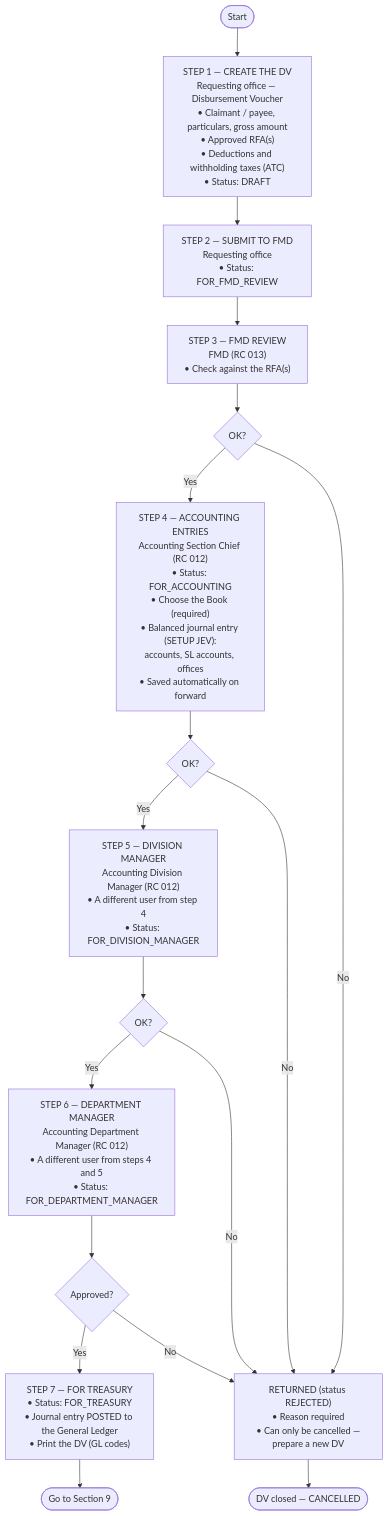
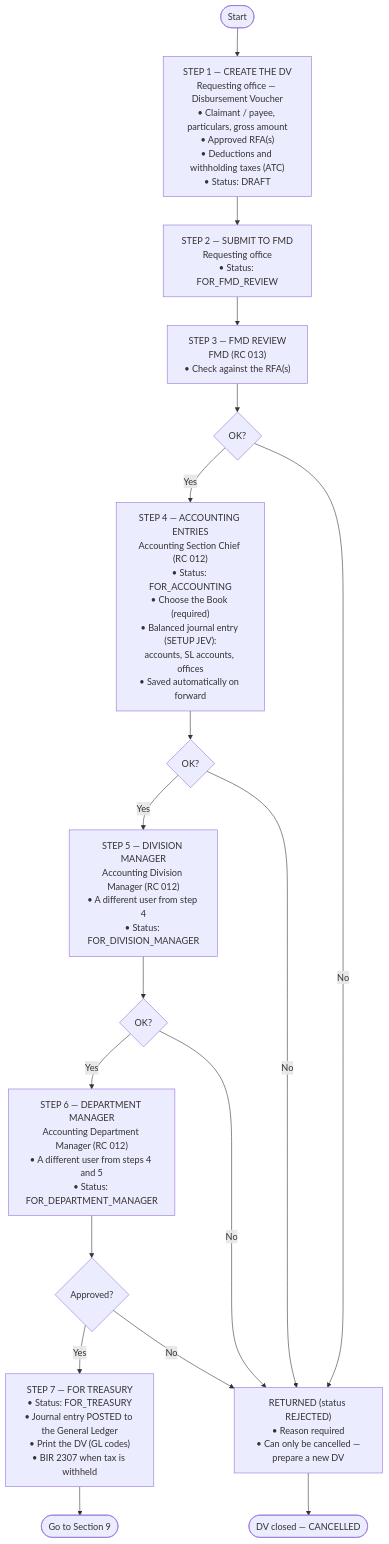
The ninth of 14 diagrams in system_docs/process-flow/PROCESS-FLOW.md (A-team-ITBS/fims-nha), drawn with Mermaid before and after one commit. The commit also changed other lines of this file and 21 other files, not shown here.

Commit message:
BIR 2307 (DV with ATC), payroll Tax Annualization + BIR 2316

````diff
--- a/system_docs/process-flow/PROCESS-FLOW.md
+++ b/system_docs/process-flow/PROCESS-FLOW.md
@@ -330,20 +331,20 @@
 ```mermaid
 flowchart TD
     START(["Start"]) --> S1["STEP 1 — CREATE THE DV<br/>Requesting office — Disbursement Voucher<br/>• Claimant / payee, particulars, gross amount<br/>• Approved RFA(s)<br/>• Deductions and withholding taxes (ATC)<br/>• Status: DRAFT"]
     S1 --> S2["STEP 2 — SUBMIT TO FMD<br/>Requesting office<br/>• Status: FOR_FMD_REVIEW"]
     S2 --> S3["STEP 3 — FMD REVIEW<br/>FMD (RC 013)<br/>• Check against the RFA(s)"]
     S3 --> D1{"OK?"}
     D1 -->|"Yes"| S4["STEP 4 — ACCOUNTING ENTRIES<br/>Accounting Section Chief (RC 012)<br/>• Status: FOR_ACCOUNTING<br/>• Choose the Book (required)<br/>• Balanced journal entry (SETUP JEV):<br/>accounts, SL accounts, offices<br/>• Saved automatically on forward"]
     S4 --> D2{"OK?"}
     D2 -->|"Yes"| S5["STEP 5 — DIVISION MANAGER<br/>Accounting Division Manager (RC 012)<br/>• A different user from step 4<br/>• Status: FOR_DIVISION_MANAGER"]
     S5 --> D3{"OK?"}
     D3 -->|"Yes"| S6["STEP 6 — DEPARTMENT MANAGER<br/>Accounting Department Manager (RC 012)<br/>• A different user from steps 4 and 5<br/>• Status: FOR_DEPARTMENT_MANAGER"]
     S6 --> D4{"Approved?"}
-    D4 -->|"Yes"| S7["STEP 7 — FOR TREASURY<br/>• Status: FOR_TREASURY<br/>• Journal entry POSTED to the General Ledger<br/>• Print the DV (GL codes)"]
+    D4 -->|"Yes"| S7["STEP 7 — FOR TREASURY<br/>• Status: FOR_TREASURY<br/>• Journal entry POSTED to the General Ledger<br/>• Print the DV (GL codes)<br/>• BIR 2307 when tax is withheld"]
     S7 --> END(["Go to Section 9"])
     D1 -->|"No"| X["RETURNED (status REJECTED)<br/>• Reason required<br/>• Can only be cancelled —<br/>prepare a new DV"]
     D2 -->|"No"| X
     D3 -->|"No"| X
     D4 -->|"No"| X
     X --> XE(["DV closed — CANCELLED"])
 ```
````
